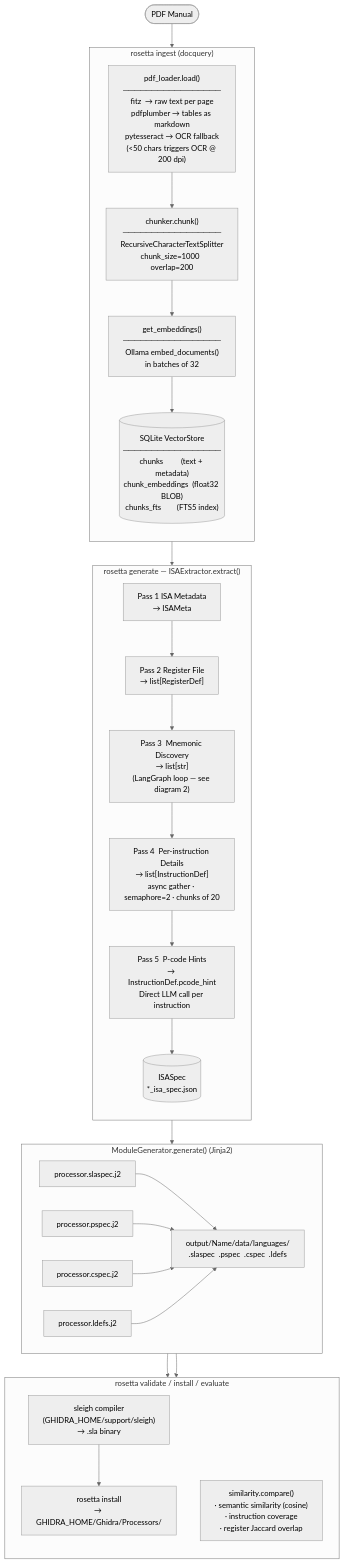
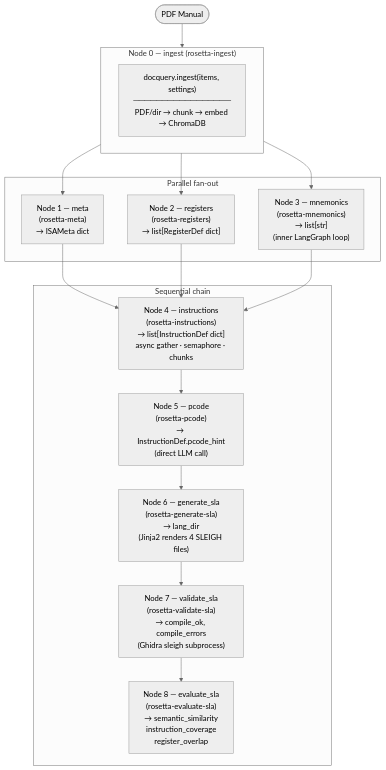
Before and after one commit to GSBhub/Rosetta: the first of 4 diagrams in docs/data-flow.md, drawn with Mermaid (neutral theme). The commit also changed other lines of this file and 80 other files, not shown here.

First line of the commit message:
Decompose pipeline into LangGraph node packages, migrate to ChromaDB

````diff
--- a/docs/data-flow.md
+++ b/docs/data-flow.md
@@ -9,47 +13,27 @@
 ```mermaid
 flowchart TD
     PDF([PDF Manual])
 
-    subgraph INGEST["rosetta ingest  (docquery)"]
-        direction TB
-        LOAD["pdf_loader.load()\n─────────────────\nfitz  → raw text per page\npdfplumber → tables as markdown\npytesseract → OCR fallback\n(<50 chars triggers OCR @ 200 dpi)"]
-        CHUNK["chunker.chunk()\n─────────────────\nRecursiveCharacterTextSplitter\nchunk_size=1000  overlap=200"]
-        EMBED["get_embeddings()\n─────────────────\nOllama embed_documents()\nin batches of 32"]
-        DB[("SQLite VectorStore\n─────────────────\nchunks         (text + metadata)\nchunk_embeddings  (float32 BLOB)\nchunks_fts        (FTS5 index)")]
-        LOAD --> CHUNK --> EMBED --> DB
+    subgraph INGEST["Node 0 — ingest  (rosetta-ingest)"]
+        ING["docquery.ingest(items, settings)\n─────────────────\nPDF/dir → chunk → embed → ChromaDB"]
     end
 
-    subgraph EXTRACT["rosetta generate  — ISAExtractor.extract()"]
-        direction TB
-        P1["Pass 1  ISA Metadata\n→ ISAMeta"]
-        P2["Pass 2  Register File\n→ list[RegisterDef]"]
-        P3["Pass 3  Mnemonic Discovery\n→ list[str]\n(LangGraph loop — see diagram 2)"]
-        P4["Pass 4  Per-instruction Details\n→ list[InstructionDef]\nasync gather · semaphore=2 · chunks of 20"]
-        P5["Pass 5  P-code Hints\n→ InstructionDef.pcode_hint\nDirect LLM call per instruction"]
-        SPEC[("ISASpec\n*_isa_spec.json")]
-        P1 --> P2 --> P3 --> P4 --> P5 --> SPEC
+    subgraph FANOUT["Parallel fan-out"]
+        META["Node 1 — meta\n(rosetta-meta)\n→ ISAMeta dict"]
+        REG["Node 2 — registers\n(rosetta-registers)\n→ list[RegisterDef dict]"]
+        MNE["Node 3 — mnemonics\n(rosetta-mnemonics)\n→ list[str]\n(inner LangGraph loop)"]
     end
 
-    subgraph GEN["ModuleGenerator.generate()  (Jinja2)"]
-        direction LR
-        T1["processor.slaspec.j2"]
-        T2["processor.pspec.j2"]
-        T3["processor.cspec.j2"]
-        T4["processor.ldefs.j2"]
-        OUT["output/Name/data/languages/\n.slaspec  .pspec  .cspec  .ldefs"]
-        T1 & T2 & T3 & T4 --> OUT
-    end
-
-    subgraph POSTGEN["rosetta validate / install / evaluate"]
-        direction TB
-        VAL["sleigh compiler\n(GHIDRA_HOME/support/sleigh)\n→ .sla binary"]
-        INST["rosetta install\n→ GHIDRA_HOME/Ghidra/Processors/"]
-        EVAL["similarity.compare()\n· semantic similarity (cosine)\n· instruction coverage\n· register Jaccard overlap"]
+    subgraph SEQ["Sequential chain"]
+        INSTR["Node 4 — instructions\n(rosetta-instructions)\n→ list[InstructionDef dict]\nasync gather · semaphore · chunks"]
+        PCODE["Node 5 — pcode\n(rosetta-pcode)\n→ InstructionDef.pcode_hint\n(direct LLM call)"]
+        GENSLA["Node 6 — generate_sla\n(rosetta-generate-sla)\n→ lang_dir\n(Jinja2 renders 4 SLEIGH files)"]
+        VALSLA["Node 7 — validate_sla\n(rosetta-validate-sla)\n→ compile_ok, compile_errors\n(Ghidra sleigh subprocess)"]
+        EVALSLA["Node 8 — evaluate_sla\n(rosetta-evaluate-sla)\n→ semantic_similarity\n   instruction_coverage\n   register_overlap"]
     end
 
     PDF --> INGEST
-    INGEST --> EXTRACT
-    SPEC --> GEN
-    OUT --> VAL --> INST
-    OUT --> EVAL
+    INGEST --> META & REG & MNE
+    META & REG & MNE --> INSTR
+    INSTR --> PCODE --> GENSLA --> VALSLA --> EVALSLA
 ```
````
